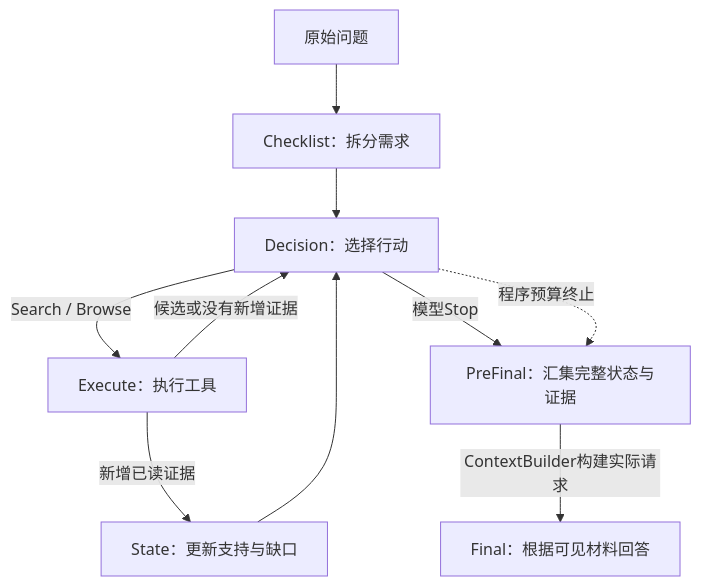
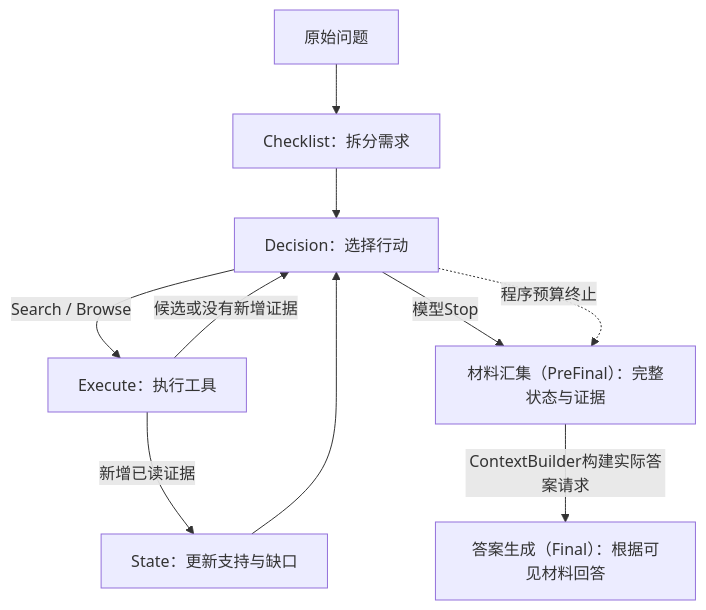
Before and after one commit to MaSunKing/medical-research-agent-grpo: the diagram in versions/process_final_sft/engineering.md, drawn with Mermaid. The commit also changed other lines of this file and 16 other files, not shown here.

````diff
--- a/versions/process_final_sft/engineering.md
+++ b/versions/process_final_sft/engineering.md
@@ -22,12 +22,12 @@
 ```mermaid
 flowchart TD
     Q["原始问题"] --> C["Checklist：拆分需求"]
     C --> D["Decision：选择行动"]
     D -->|"Search / Browse"| X["Execute：执行工具"]
     X -->|"候选或没有新增证据"| D
     X -->|"新增已读证据"| S["State：更新支持与缺口"]
     S --> D
-    D -->|"模型Stop"| P["PreFinal：汇集完整状态与证据"]
+    D -->|"模型Stop"| P["材料汇集（PreFinal）：完整状态与证据"]
     D -.->|"程序预算终止"| P
-    P -->|"ContextBuilder构建实际请求"| F["Final：根据可见材料回答"]
+    P -->|"ContextBuilder构建实际答案请求"| F["答案生成（Final）：根据可见材料回答"]
 ```
````
